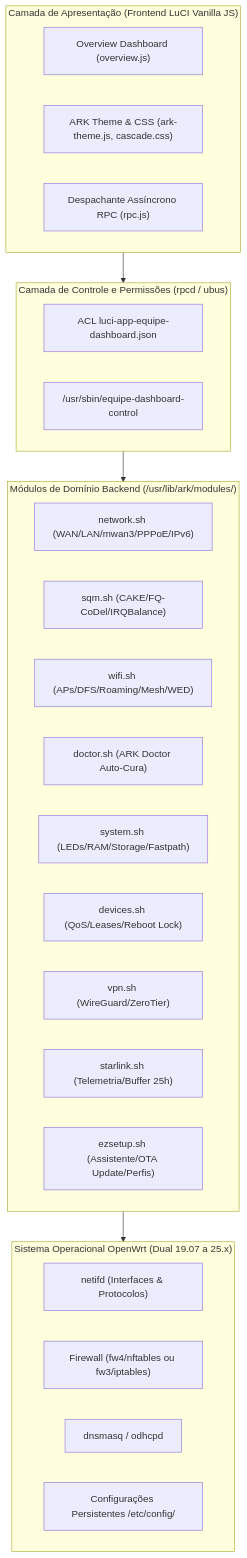
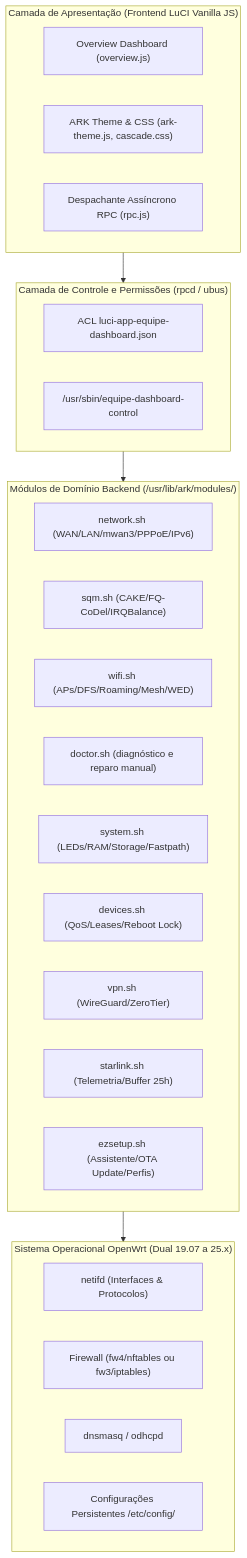
The diagram in docs/FEATURE_AUDIT_AND_REBOOT.md (Despensativo/ark-router), drawn with Mermaid before and after one commit. The commit also changed other lines of this file and 334 other files, not shown here.

````diff
--- a/docs/FEATURE_AUDIT_AND_REBOOT.md
+++ b/docs/FEATURE_AUDIT_AND_REBOOT.md
@@ -10,36 +11,36 @@
 ```mermaid
 flowchart TD
     subgraph UI["Camada de Apresentação (Frontend LuCI Vanilla JS)"]
         Overview["Overview Dashboard (overview.js)"]
         Theme["ARK Theme & CSS (ark-theme.js, cascade.css)"]
         RPC["Despachante Assíncrono RPC (rpc.js)"]
     end
 
     subgraph RPCD["Camada de Controle e Permissões (rpcd / ubus)"]
         ACL["ACL luci-app-equipe-dashboard.json"]
         Dispatcher["/usr/sbin/equipe-dashboard-control"]
     end
 
     subgraph Core["Módulos de Domínio Backend (/usr/lib/ark/modules/)"]
         MOD_NET["network.sh (WAN/LAN/mwan3/PPPoE/IPv6)"]
         MOD_SQM["sqm.sh (CAKE/FQ-CoDel/IRQBalance)"]
         MOD_WIFI["wifi.sh (APs/DFS/Roaming/Mesh/WED)"]
-        MOD_DOC["doctor.sh (ARK Doctor Auto-Cura)"]
+        MOD_DOC["doctor.sh (diagnóstico e reparo manual)"]
         MOD_SYS["system.sh (LEDs/RAM/Storage/Fastpath)"]
         MOD_DEV["devices.sh (QoS/Leases/Reboot Lock)"]
         MOD_VPN["vpn.sh (WireGuard/ZeroTier)"]
         MOD_STAR["starlink.sh (Telemetria/Buffer 25h)"]
         MOD_EZ["ezsetup.sh (Assistente/OTA Update/Perfis)"]
     end
 
     subgraph System["Sistema Operacional OpenWrt (Dual 19.07 a 25.x)"]
         NETIFD["netifd (Interfaces & Protocolos)"]
         FW["Firewall (fw4/nftables ou fw3/iptables)"]
         DNS["dnsmasq / odhcpd"]
         UCI["Configurações Persistentes /etc/config/"]
     end
 
     UI --> RPCD
     RPCD --> Core
     Core --> System
 ```
````
